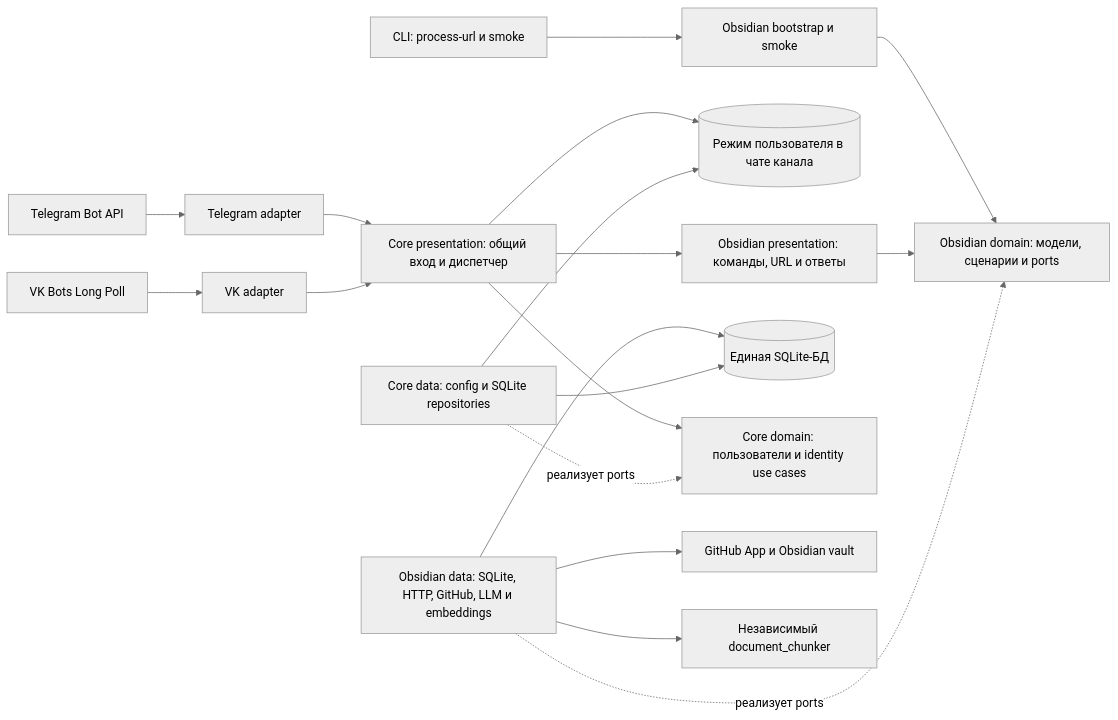
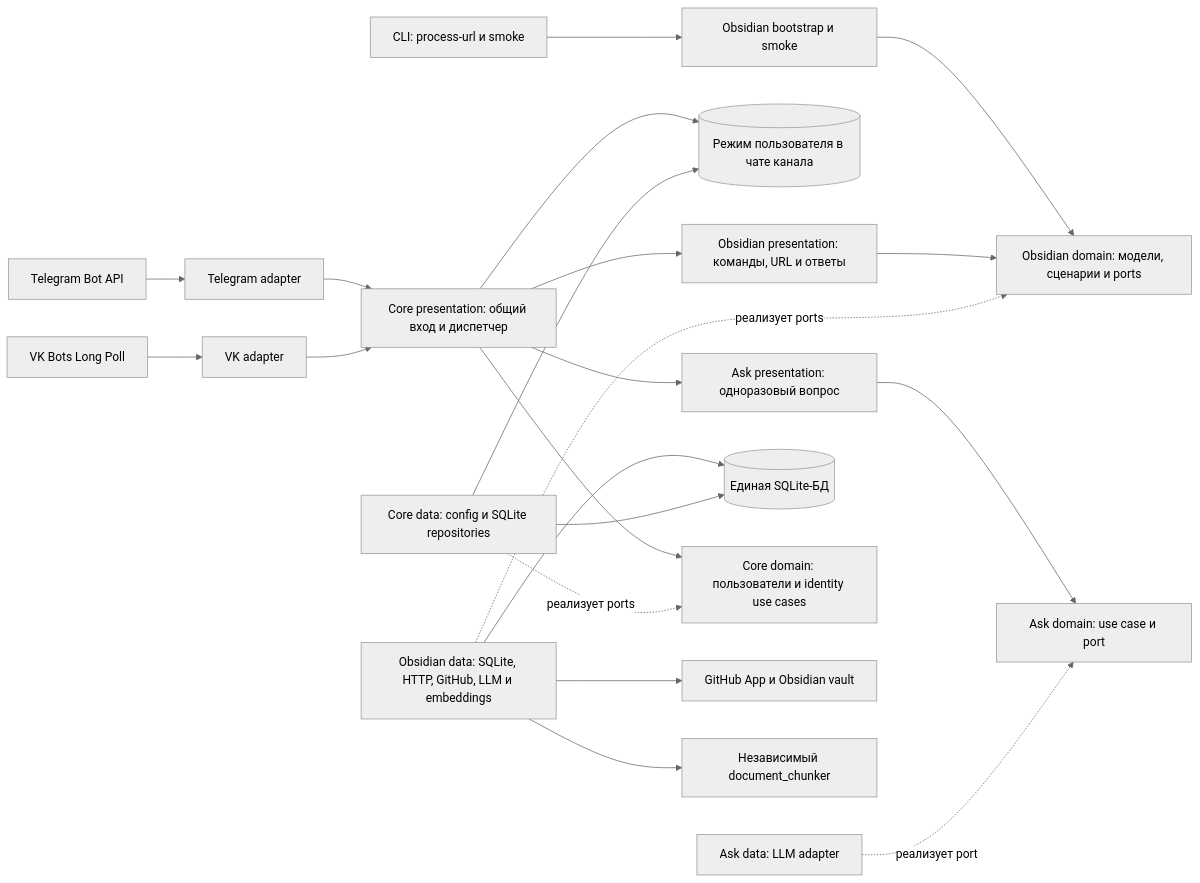
One commit to karateka-git/compadre-assistant changed the first of 2 diagrams in docs/ARCHITECTURE.md. Above: the diagram before and after it, drawn with Mermaid (neutral theme). The commit also changed other lines of this file and 15 other files, not shown here.

````diff
--- a/docs/ARCHITECTURE.md
+++ b/docs/ARCHITECTURE.md
@@ -21,20 +18,23 @@
 ```mermaid
 flowchart LR
     TG[Telegram Bot API] --> TA[Telegram adapter]
     VK[VK Bots Long Poll] --> VA[VK adapter]
     CLI[CLI: process-url и smoke] --> OB[Obsidian bootstrap и smoke]
     OB --> OD[Obsidian domain: модели, сценарии и ports]
     TA --> IN[Core presentation: общий вход и диспетчер]
     VA --> IN
     IN --> MODE[(Режим пользователя в чате канала)]
     IN --> OP[Obsidian presentation: команды, URL и ответы]
     OP --> OD
+    IN --> AP[Ask presentation: одноразовый вопрос]
+    AP --> AD[Ask domain: use case и port]
+    AM[Ask data: LLM adapter] -. реализует port .-> AD
     ODATA[Obsidian data: SQLite, HTTP, GitHub, LLM и embeddings] -. реализует ports .-> OD
     ODATA --> DB[(Единая SQLite-БД)]
     IN --> USERS[Core domain: пользователи и identity use cases]
     CDATA[Core data: config и SQLite repositories] -. реализует ports .-> USERS
     CDATA --> MODE
     CDATA --> DB
     ODATA --> GH[GitHub App и Obsidian vault]
     ODATA --> DC[Независимый document_chunker]
 ```
````
